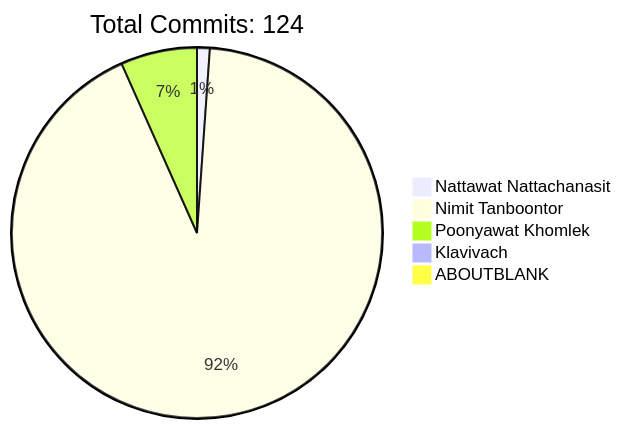
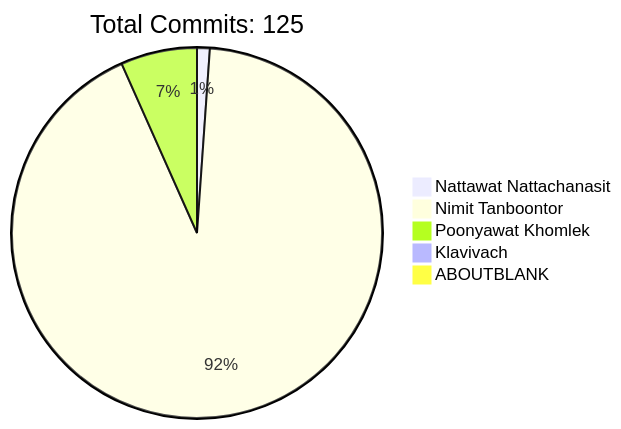
The diagram in README.md (HLLC-MFU/HLLC-2025), drawn with Mermaid before and after one commit. The commit also changed other lines of this file, not shown here.

````diff
--- a/README.md
+++ b/README.md
@@ -170,9 +170,9 @@
 ```mermaid
 pie
-    title Total Commits: 124
+    title Total Commits: 125
     "Nattawat Nattachanasit" : 1
     "Nimit Tanboontor" : 83
     "Poonyawat Khomlek" : 6
     "Klavivach" : 0
     "ABOUTBLANK" : 0
 ```
````
